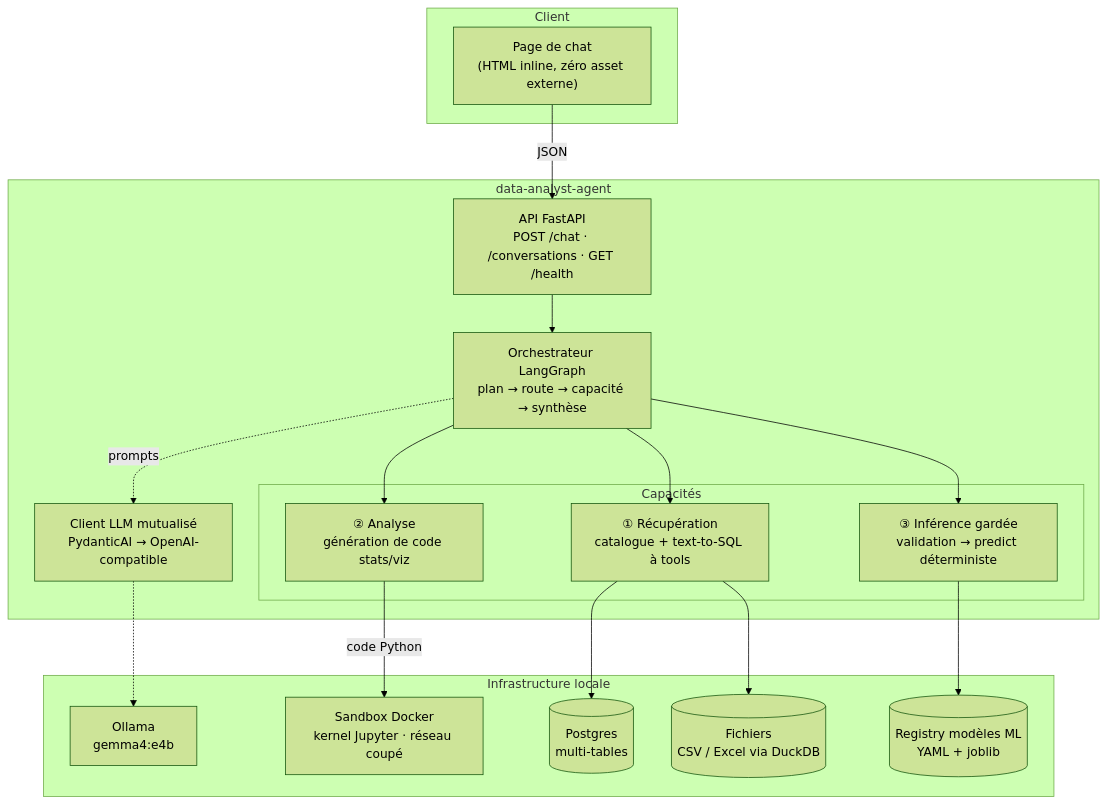
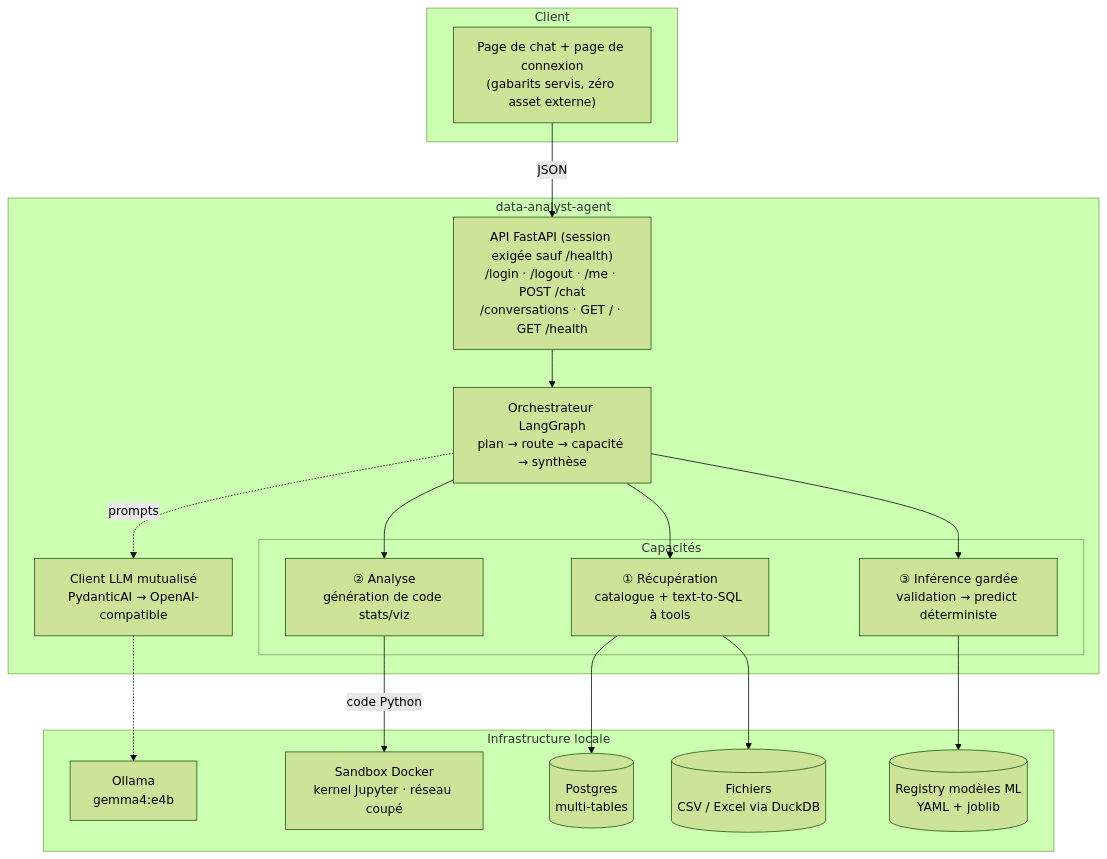
One commit to floSa/data-analyst-agent changed the first of 3 diagrams in docs/ARCHITECTURE.md. Above: the diagram before and after it, drawn with Mermaid (forest theme). The commit also changed other lines of this file and 3 other files, not shown here.

````diff
--- a/docs/ARCHITECTURE.md
+++ b/docs/ARCHITECTURE.md
@@ -23,33 +26,33 @@
 ```mermaid
 flowchart TB
     subgraph client["Client"]
-        UI["Page de chat<br/>(HTML inline, zéro asset externe)"]
+        UI["Page de chat + page de connexion<br/>(gabarits servis, zéro asset externe)"]
     end
 
     subgraph app["data-analyst-agent"]
-        API["API FastAPI<br/>POST /chat · /conversations · GET /health"]
+        API["API FastAPI (session exigée sauf /health)<br/>/login · /logout · /me · POST /chat<br/>/conversations · GET / · GET /health"]
         ORCH["Orchestrateur LangGraph<br/>plan → route → capacité → synthèse"]
         LLM["Client LLM mutualisé<br/>PydanticAI → OpenAI-compatible"]
 
         subgraph caps["Capacités"]
             RET["① Récupération<br/>catalogue + text-to-SQL à tools"]
             ANA["② Analyse<br/>génération de code stats/viz"]
             INF["③ Inférence gardée<br/>validation → predict déterministe"]
         end
     end
 
     subgraph infra["Infrastructure locale"]
         OLLAMA["Ollama<br/>gemma4:e4b"]
         SBX["Sandbox Docker<br/>kernel Jupyter · réseau coupé"]
         PG[("Postgres<br/>multi-tables")]
         FILES[("Fichiers<br/>CSV / Excel via DuckDB")]
         REG[("Registry modèles ML<br/>YAML + joblib")]
     end
 
     UI -->|JSON| API --> ORCH
     ORCH --> RET & ANA & INF
     ORCH -.->|prompts| LLM -.-> OLLAMA
     RET --> PG & FILES
     ANA -->|code Python| SBX
     INF --> REG
 ```
````
